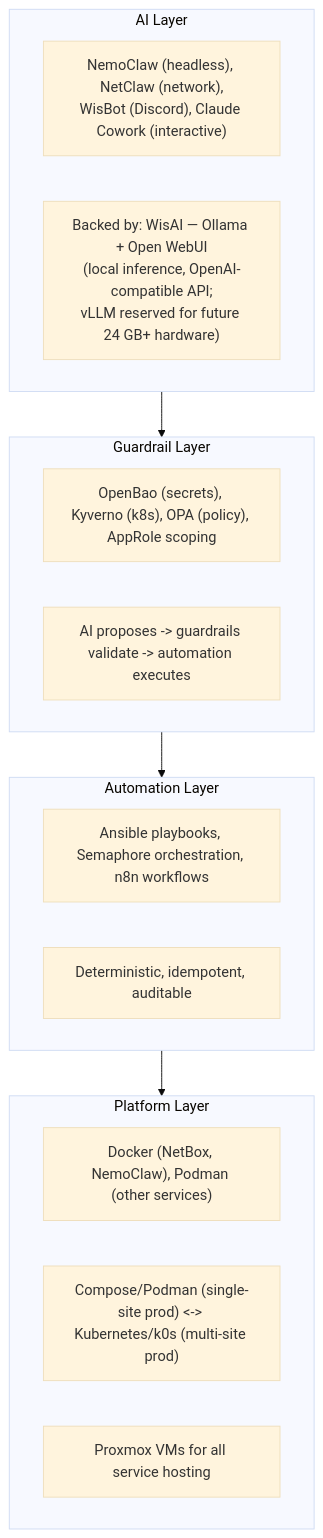
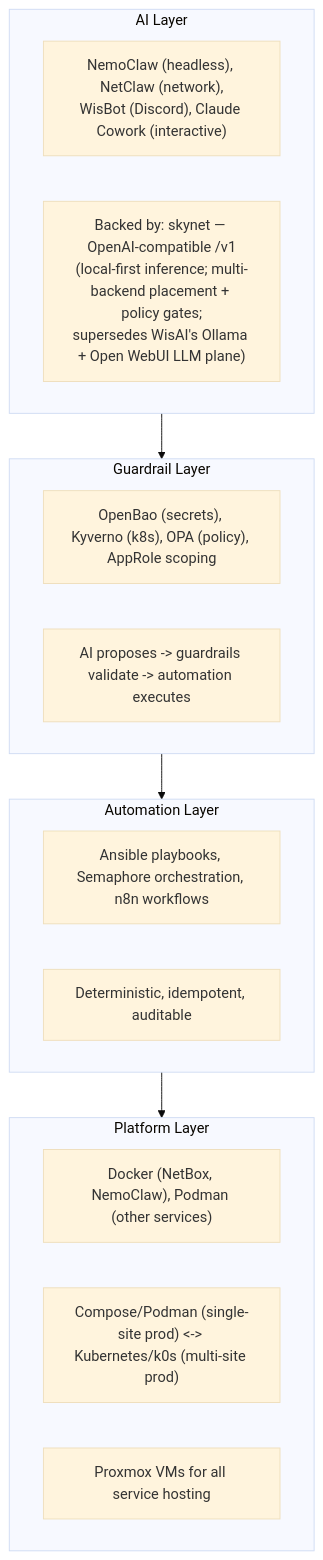
The first of 2 diagrams in CLAUDE.md (uhstray-io/agent-cloud), drawn with Mermaid (base theme) before and after one commit. The commit also changed other lines of this file and 13 other files, not shown here.

First line of the commit message:
promote: skynet docs reframe + WisAI→skynet migration plan (dev → main) (#70)

````diff
--- a/CLAUDE.md
+++ b/CLAUDE.md
@@ -15,27 +15,27 @@
 ```mermaid
 graph TD
     subgraph AI["AI Layer"]
         A1["NemoClaw (headless), NetClaw (network),<br/>WisBot (Discord), Claude Cowork (interactive)"]
-        A2["Backed by: WisAI — Ollama + Open WebUI<br/>(local inference, OpenAI-compatible API;<br/>vLLM reserved for future 24 GB+ hardware)"]
+        A2["Backed by: skynet — OpenAI-compatible /v1<br/>(local-first inference; multi-backend placement + policy gates;<br/>supersedes WisAI's Ollama + Open WebUI LLM plane)"]
     end
 
     subgraph GR["Guardrail Layer"]
         G1["OpenBao (secrets), Kyverno (k8s), OPA (policy), AppRole scoping"]
         G2["AI proposes -> guardrails validate -> automation executes"]
     end
 
     subgraph AUTO["Automation Layer"]
         AU1["Ansible playbooks, Semaphore orchestration, n8n workflows"]
         AU2["Deterministic, idempotent, auditable"]
     end
 
     subgraph PLAT["Platform Layer"]
         P1["Docker (NetBox, NemoClaw), Podman (other services)"]
         P2["Compose/Podman (single-site prod) <-> Kubernetes/k0s (multi-site prod)"]
         P3["Proxmox VMs for all service hosting"]
     end
 
     AI --> GR
     GR --> AUTO
     AUTO --> PLAT
 ```
````
